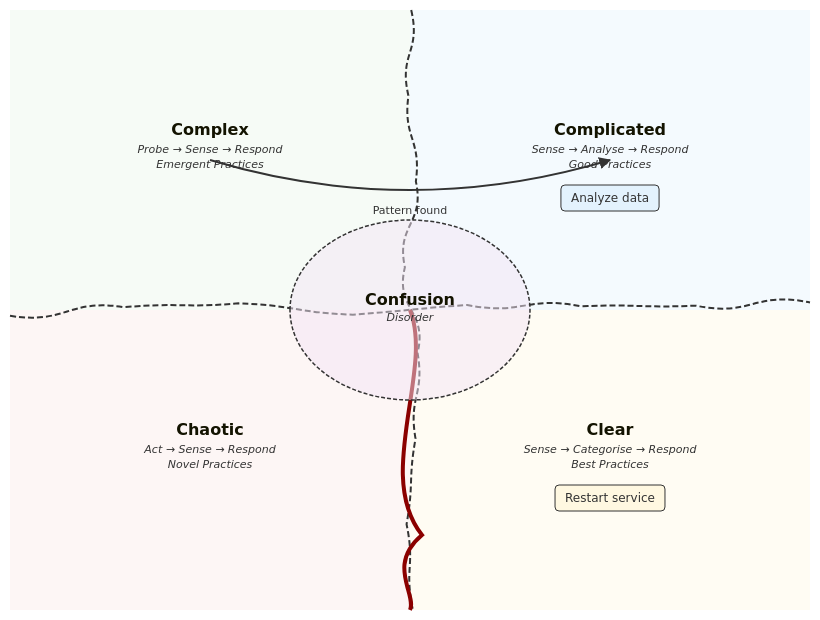
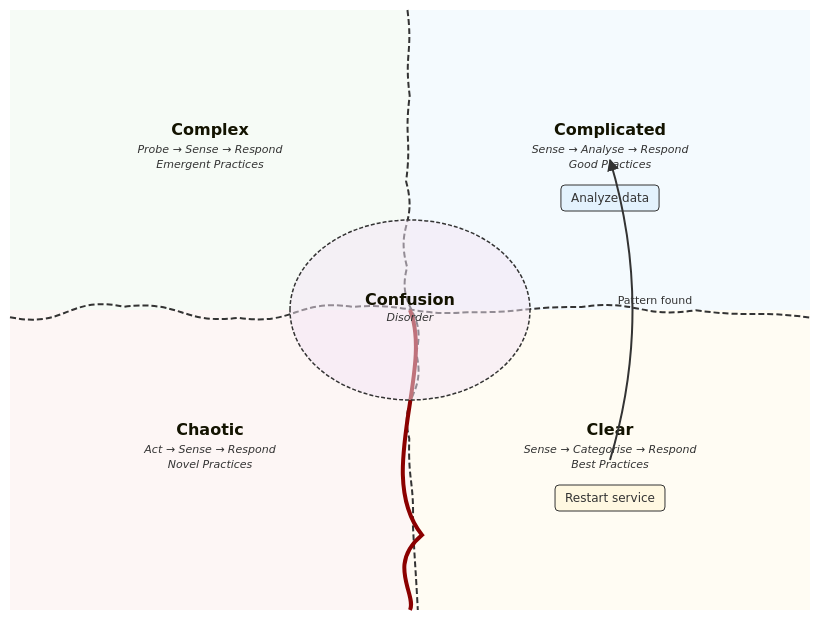
Before and after one commit to bsamiee/Rasm: diagram 19 of 21 in .claude/skills/mermaid-diagramming/references/syntax-extended.md, drawn with Mermaid. The commit also changed other lines of this file and 17 other files, not shown here.

````diff
--- a/.claude/skills/mermaid-diagramming/references/syntax-extended.md
+++ b/.claude/skills/mermaid-diagramming/references/syntax-extended.md
@@ -242,8 +244,8 @@
 ```mermaid
 cynefin-beta
   clear
     "Restart service"
   complicated
     "Analyze data"
-  complex --> complicated : "Pattern found"
+  clear --> complicated : "Pattern found"
 ```
````
